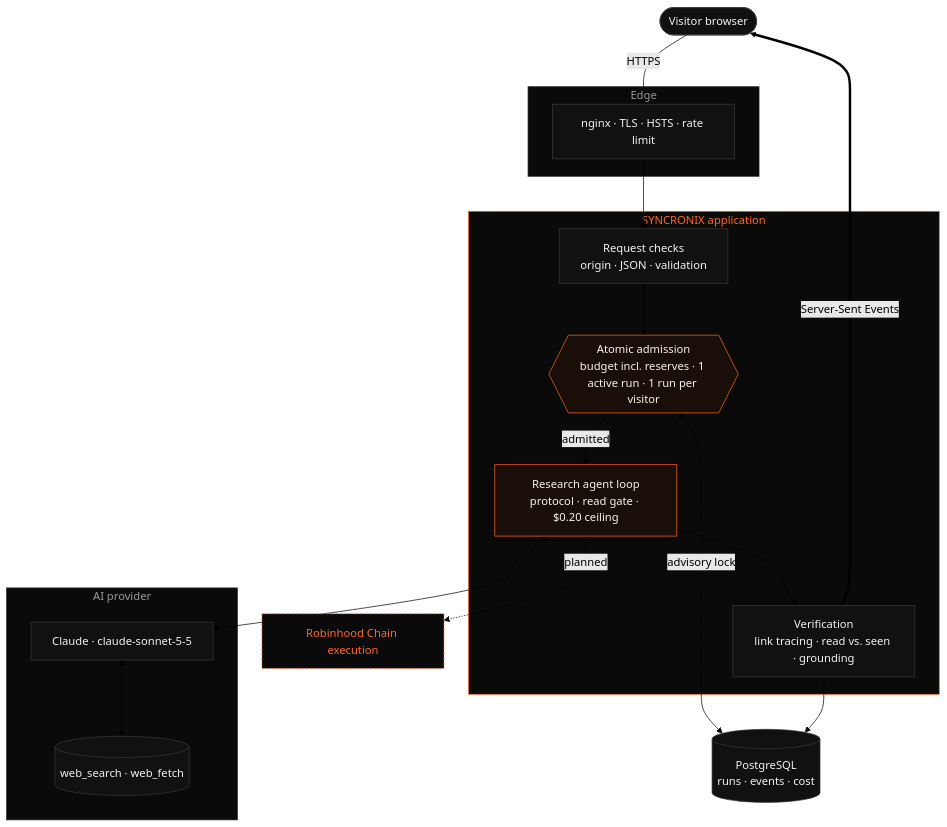
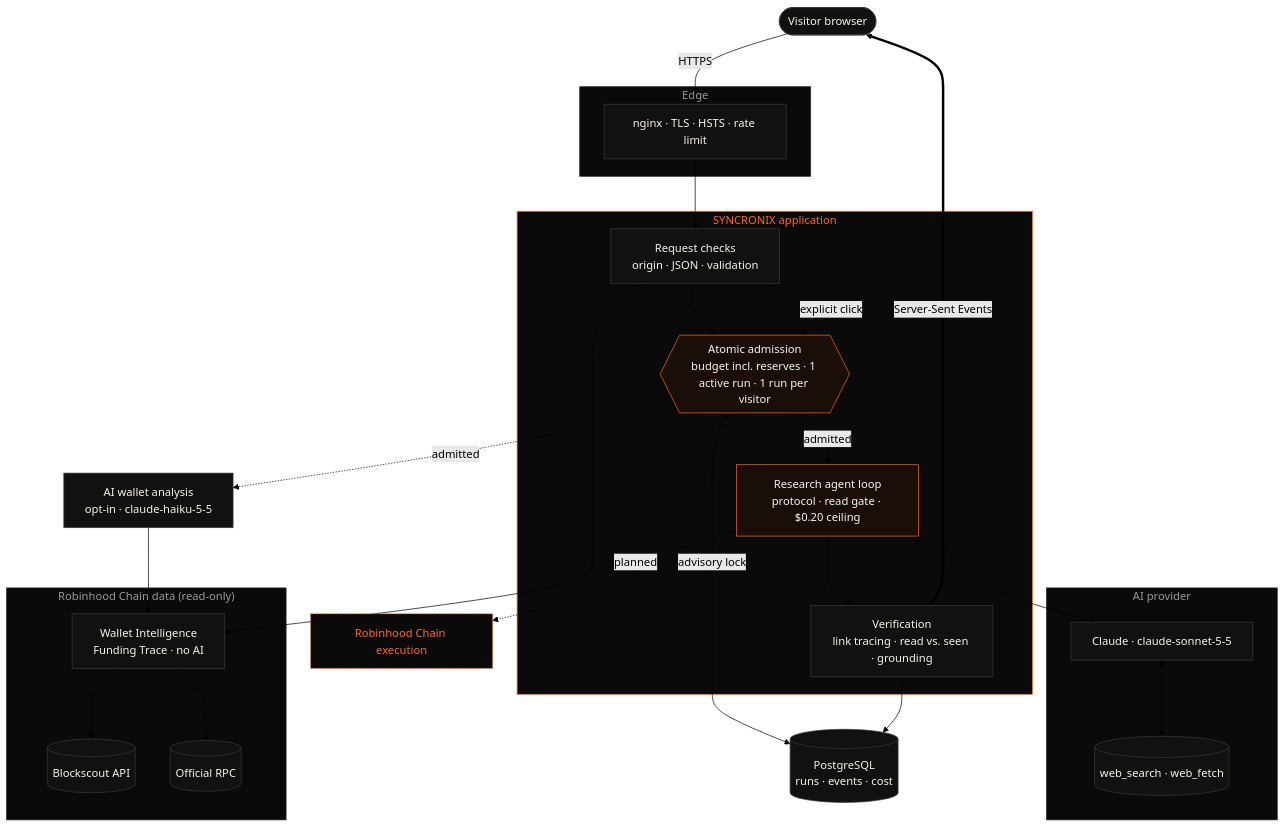
One commit to SyncronixLabs/SyncronixLabs changed the first of 3 diagrams in README.md. Above: the diagram before and after it, drawn with Mermaid (forest theme). The commit also changed other lines of this file, not shown here.

Commit message:
Add Wallet Intelligence, Funding Trace and opt-in AI wallet analysis to the profile

````diff
--- a/README.md
+++ b/README.md
@@ -101,35 +130,46 @@
 ```mermaid
 flowchart TB
     U(["Visitor browser"])
     subgraph EDGE["Edge"]
       N["nginx · TLS · HSTS · rate limit"]
     end
     subgraph APP["SYNCRONIX application"]
       A["Request checks<br/>origin · JSON · validation"]
       G{{"Atomic admission<br/>budget incl. reserves · 1 active run · 1 run per visitor"}}
       R["Research agent loop<br/>protocol · read gate · $0.20 ceiling"]
       V["Verification<br/>link tracing · read vs. seen · grounding"]
     end
     subgraph AI["AI provider"]
       C["Claude · claude-sonnet-5-5"]
       W[("web_search · web_fetch")]
     end
     P[("PostgreSQL<br/>runs · events · cost")]
+    subgraph CHAIN["Robinhood Chain data (read-only)"]
+      WI["Wallet Intelligence<br/>Funding Trace · no AI"]
+      IX[("Blockscout API")]
+      RPC[("Official RPC")]
+    end
+    WA["AI wallet analysis<br/>opt-in · claude-haiku-5-5"]
     E["Robinhood Chain execution"]:::planned
 
     U -->|"HTTPS"| N --> A --> G
     G <-->|"advisory lock"| P
     G -->|"admitted"| R
     R <--> C <--> W
     R --> V --> P
     V ==>|"Server-Sent Events"| U
     R -. "planned" .-> E
+    A --> WI
+    WI --> IX & RPC
+    A -. "explicit click" .-> G -. "admitted" .-> WA
+    WA --> WI
 
     classDef default fill:#111111,stroke:#3a3a3a,color:#F5F3EE
     classDef planned fill:#0A0A0A,stroke:#FF681B,color:#FF681B,stroke-dasharray:4 3
     style G fill:#1a0f08,stroke:#FF681B,color:#F5F3EE
     style R fill:#1a0f08,stroke:#FF681B,color:#F5F3EE
     style EDGE fill:#0A0A0A,stroke:#2a2a2a,color:#9a9a9a
     style APP fill:#0A0A0A,stroke:#FF681B,color:#FF681B
     style AI fill:#0A0A0A,stroke:#2a2a2a,color:#9a9a9a
+    style CHAIN fill:#0A0A0A,stroke:#2a2a2a,color:#9a9a9a
 ```
````
